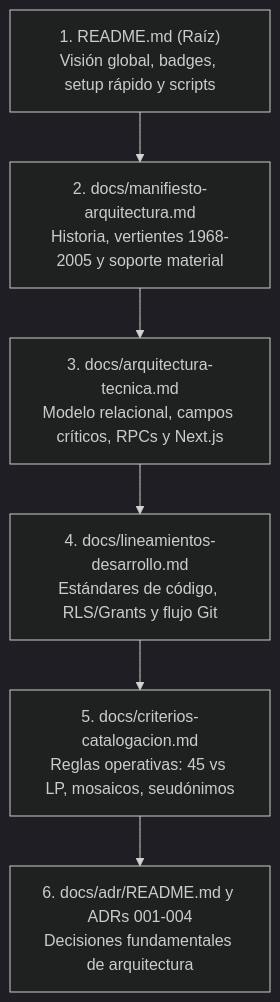
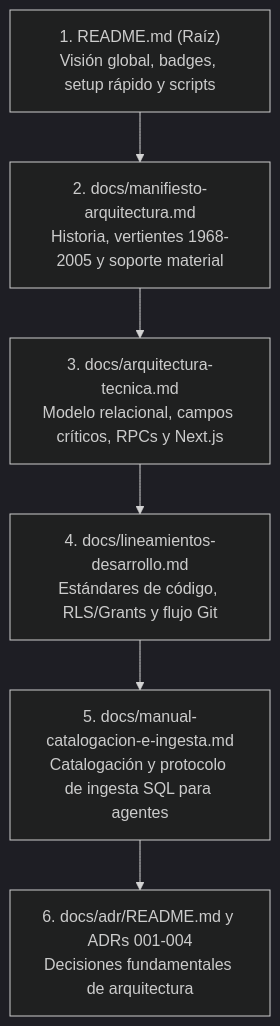
The diagram in docs/manual-proyecto.md (JorgeJordyJaimes/cumbia-peruana), drawn with Mermaid (dark theme) before and after one commit. The commit also changed other lines of this file and 12 other files, not shown here.

Commit message:
feat(docs): renombrar a manual-catalogacion-e-ingesta y definir protocolo de conversion a segundos y exclusividad camelot

````diff
--- a/docs/manual-proyecto.md
+++ b/docs/manual-proyecto.md
@@ -41,8 +41,8 @@
 ```mermaid
 flowchart TD
     Doc1["1. README.md (Raíz)\nVisión global, badges, setup rápido y scripts"] --> Doc2["2. docs/manifiesto-arquitectura.md\nHistoria, vertientes 1968-2005 y soporte material"]
     Doc2 --> Doc3["3. docs/arquitectura-tecnica.md\nModelo relacional, campos críticos, RPCs y Next.js"]
     Doc3 --> Doc4["4. docs/lineamientos-desarrollo.md\nEstándares de código, RLS/Grants y flujo Git"]
-    Doc4 --> Doc5["5. docs/criterios-catalogacion.md\nReglas operativas: 45 vs LP, mosaicos, seudónimos"]
+    Doc4 --> Doc5["5. docs/manual-catalogacion-e-ingesta.md\nCatalogación y protocolo de ingesta SQL para agentes"]
     Doc5 --> Doc6["6. docs/adr/README.md y ADRs 001-004\nDecisiones fundamentales de arquitectura"]
 ```
````
